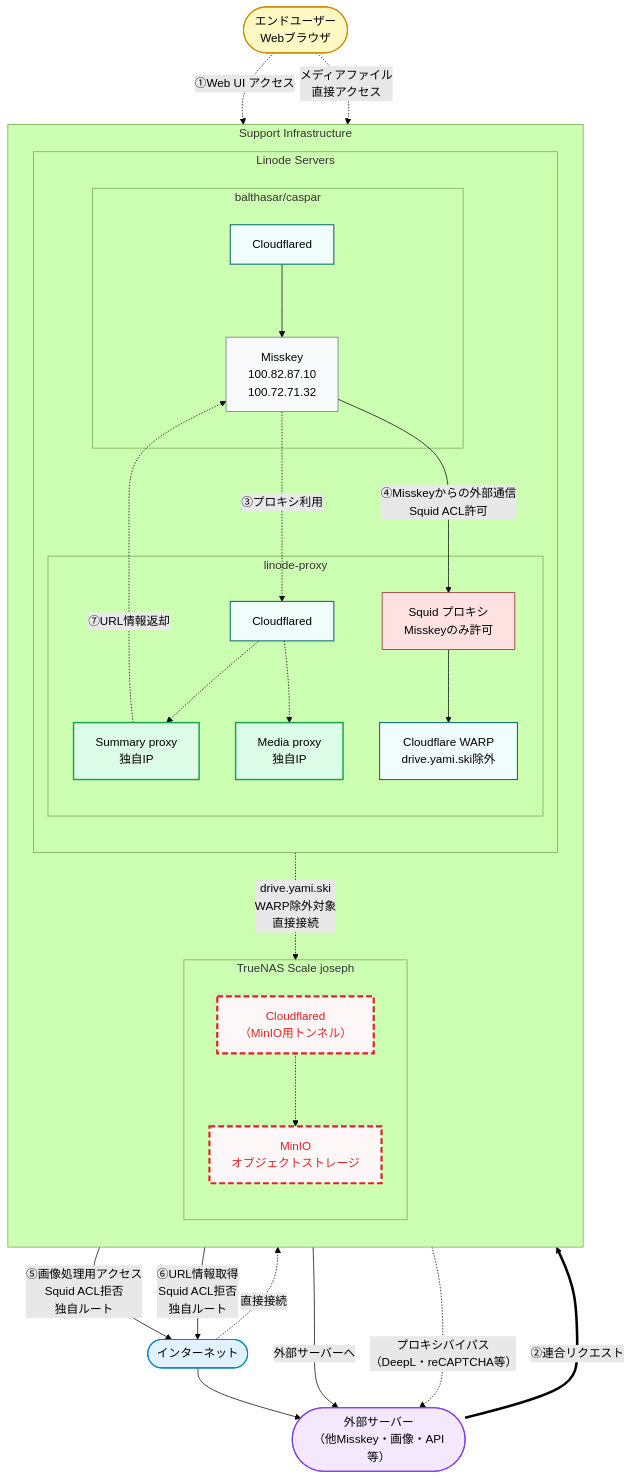
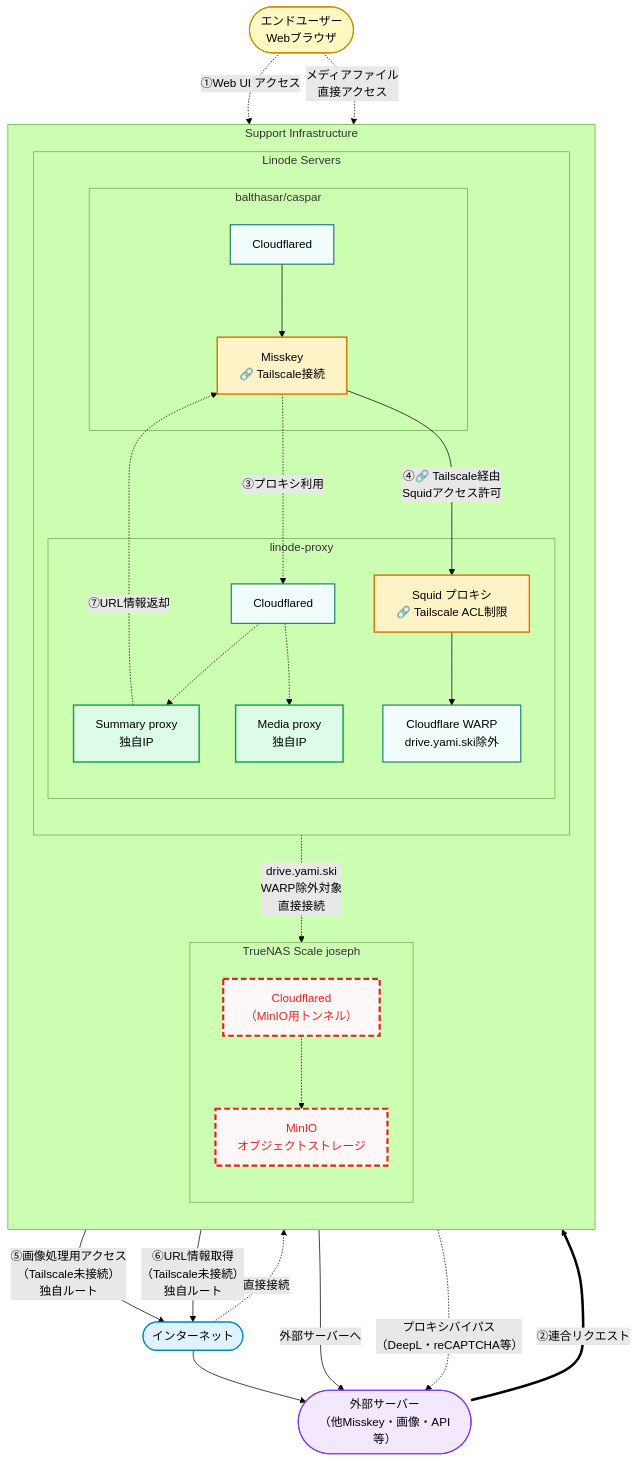
The fifth of 5 diagrams in README.md (yamisskey-dev/hosted-list), drawn with Mermaid (forest theme) before and after one commit.

````diff
--- a/README.md
+++ b/README.md
@@ -444,80 +444,81 @@
 ```mermaid
 graph TB
 classDef homeServer fill:#e2e8f0,stroke:#334155,stroke-width:2px
 classDef service fill:#f8fafc,stroke:#64748b,stroke-width:1px
 classDef security fill:#fee2e2,stroke:#991b1b,stroke-width:1px
 classDef cloudflare fill:#f0fdfa,stroke:#0f766e,stroke-width:1.5px
 classDef internet fill:#e0f2fe,stroke:#0284c7,stroke-width:1.5px
 classDef user fill:#fef9c3,stroke:#ca8a04,stroke-width:1.5px
 classDef federation fill:#f3e8ff,stroke:#7c3aed,stroke-width:1.5px
 classDef excludeHome fill:#fef7f7,stroke:#dc2626,stroke-width:3px,stroke-dasharray: 8 4,color:#dc2626
 classDef direct fill:#dcfce7,stroke:#16a34a,stroke-width:2px
+classDef tailscale fill:#fef3c7,stroke:#d97706,stroke-width:2px
 
 %% External actors
 enduser([エンドユーザー<br/>Webブラウザ]):::user
 external_servers([外部サーバー<br/>（他Misskey・画像・API等）]):::federation
 internet([インターネット]):::internet
 
 subgraph support[Support Infrastructure]
     direction TB
     
     subgraph linode[Linode Servers]
         direction TB
         subgraph proxy[linode-proxy]
             summaryproxy[Summary proxy<br/>独自IP]:::direct
             mediaproxy[Media proxy<br/>独自IP]:::direct
-            squid[Squid プロキシ<br/>Misskeyのみ許可]:::security
+            squid[Squid プロキシ<br/>🔗 Tailscale ACL制限]:::tailscale
             warp[Cloudflare WARP<br/>drive.yami.ski除外]:::cloudflare
             cloudflared_p[Cloudflared]:::cloudflare
         end
         
         subgraph balthasar_caspar[balthasar/caspar]
-            yamisskey[Misskey<br/>100.82.87.10<br/>100.72.71.32]:::service
+            yamisskey[Misskey<br/>🔗 Tailscale接続]:::tailscale
             cloudflared_bc[Cloudflared]:::cloudflare
         end
     end
     
     subgraph truenas[TrueNAS Scale joseph]
         direction TB
         minio[MinIO<br/>オブジェクトストレージ]:::excludeHome
         cloudflared_home[Cloudflared<br/>（MinIO用トンネル）]:::excludeHome
     end
 end
 
 %% エンドユーザーのアクセス経路
 enduser -.->|"①Web UI アクセス"| cloudflared_bc
 cloudflared_bc --> yamisskey
 
 %% 外部サーバーからの連合リクエスト
 external_servers ==>|"②連合リクエスト"| cloudflared_bc
 
 %% Misskeyサーバーからプロキシへの内部リクエスト
 yamisskey -.->|"③プロキシ利用"| cloudflared_p
 cloudflared_p -.-> summaryproxy
 cloudflared_p -.-> mediaproxy
 
-%% === Misskeyのみ Squid経由（ACL制限あり） ===
-yamisskey -->|"④Misskeyからの外部通信<br/>Squid ACL許可"| squid
+%% === Misskeyのみ Tailscale経由でSquid使用 ===
+yamisskey -->|"④🔗 Tailscale経由<br/>Squidアクセス許可"| squid
 squid --> warp
 
 %% WARPからの分岐
 warp -->|"外部サーバーへ"| external_servers
 warp -.->|"drive.yami.ski<br/>WARP除外対象<br/>直接接続"| cloudflared_home
 cloudflared_home -.-> minio
 
-%% === MediaProxy・SummaryProxyは独自ルート ===
-mediaproxy -->|"⑤画像処理用アクセス<br/>Squid ACL拒否<br/>独自ルート"| internet
-summaryproxy -->|"⑥URL情報取得<br/>Squid ACL拒否<br/>独自ルート"| internet
+%% === MediaProxy・SummaryProxyは独自ルート（Tailscale未接続） ===
+mediaproxy -->|"⑤画像処理用アクセス<br/>（Tailscale未接続）<br/>独自ルート"| internet
+summaryproxy -->|"⑥URL情報取得<br/>（Tailscale未接続）<br/>独自ルート"| internet
 
 internet --> external_servers
 internet -.->|"直接接続"| cloudflared_home
 
 %% プロキシバイパス対象（DeepL等）
 yamisskey -.->|"プロキシバイパス<br/>（DeepL・reCAPTCHA等）"| external_servers
 
 %% サマリープロキシからMisskeyへの情報返却
 summaryproxy -.->|"⑦URL情報返却"| yamisskey
 
 %% エンドユーザーからのメディアアクセス
 enduser -.->|"メディアファイル<br/>直接アクセス"| cloudflared_home
 ```
````
